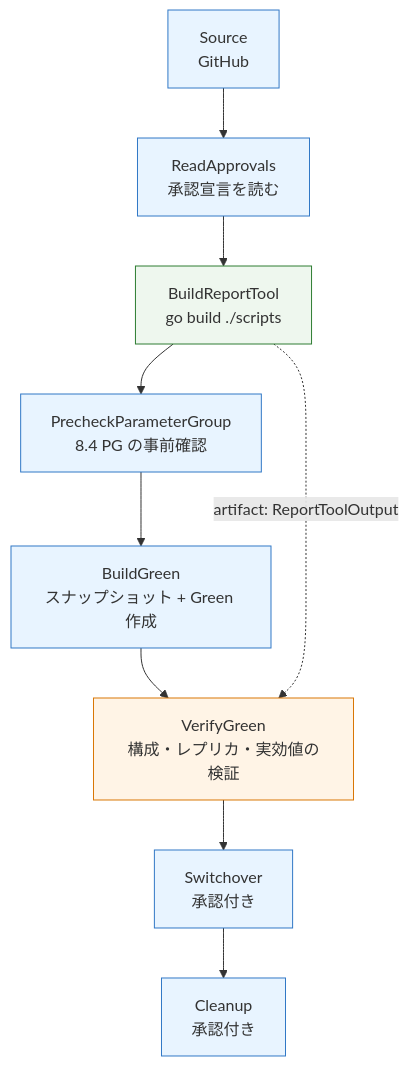
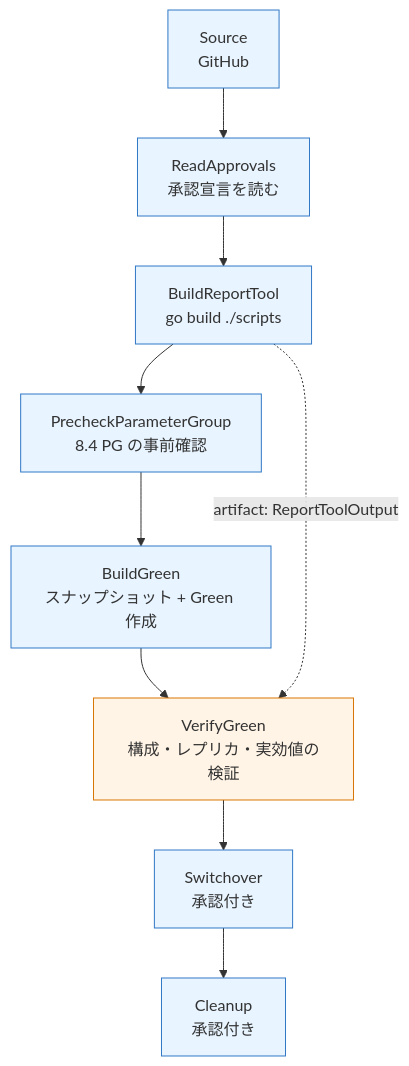
The second of 7 diagrams in docs/rds_mysql_upgrade/ci/verify-green-vpc-architecture.md (rxsxkxd/pk), drawn with Mermaid before and after one commit. The commit also changed other lines of this file and 7 other files, not shown here.

````diff
--- a/docs/rds_mysql_upgrade/ci/verify-green-vpc-architecture.md
+++ b/docs/rds_mysql_upgrade/ci/verify-green-vpc-architecture.md
@@ -38,19 +38,17 @@
 ```mermaid
 flowchart TD
     S["Source<br/>GitHub"] --> RA["ReadApprovals<br/>承認宣言を読む"]
     RA --> BRT["BuildReportTool<br/>go build ./scripts"]
     BRT --> PC["PrecheckParameterGroup<br/>8.4 PG の事前確認"]
     PC --> BG["BuildGreen<br/>スナップショット + Green 作成"]
     BG --> VG["VerifyGreen<br/>構成・レプリカ・実効値の検証"]
     VG --> SW["Switchover<br/>承認付き"]
     SW --> CU["Cleanup<br/>承認付き"]
 
     BRT -.->|"artifact: ReportToolOutput"| VG
 
     classDef outside fill:#e8f4ff,stroke:#3178c6
-    classDef build fill:#eef7ee,stroke:#2e7d32
     classDef inside fill:#fff4e6,stroke:#d97706
-    class S,RA,PC,BG,SW,CU outside
-    class BRT build
+    class S,RA,BRT,PC,BG,SW,CU outside
     class VG inside
 ```
````
